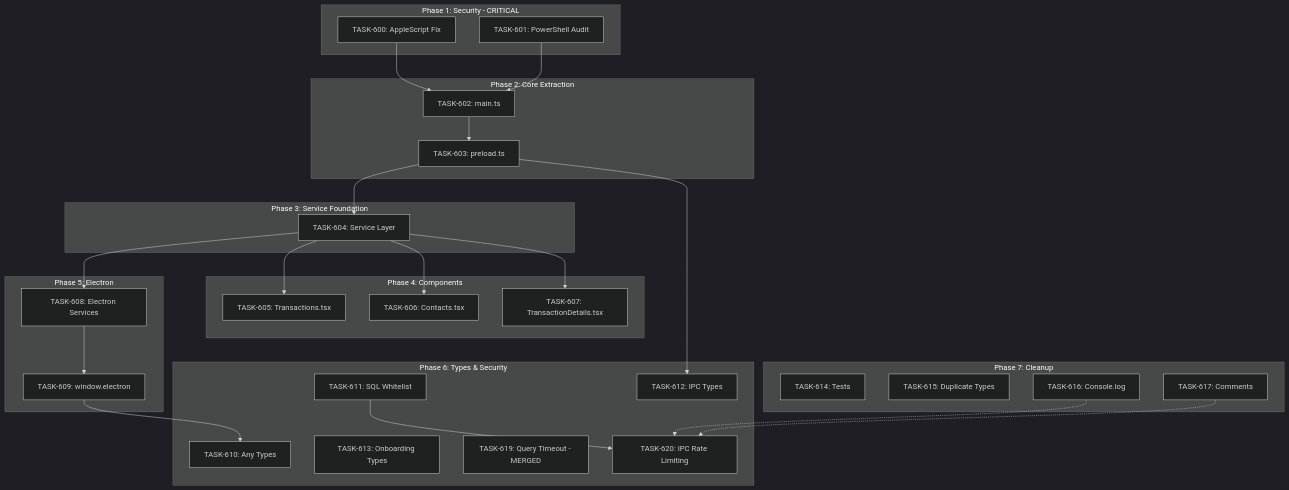
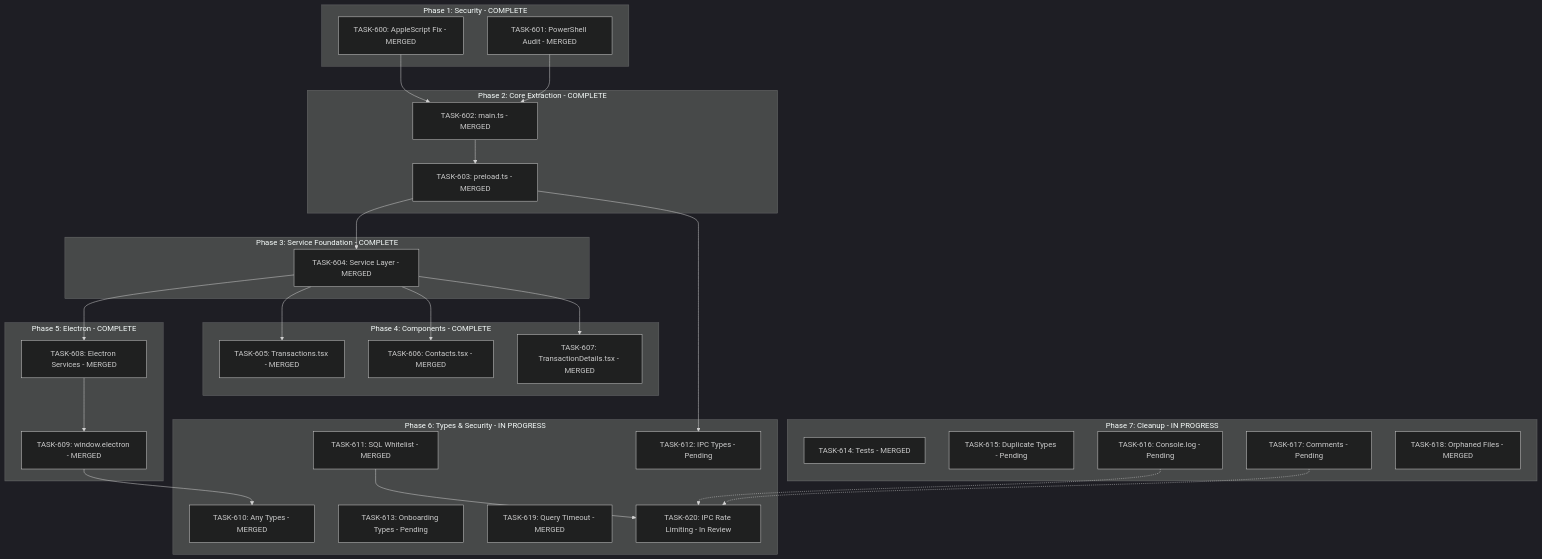
The diagram in .claude/plans/sprints/SPRINT-009-codebase-standards.md (5hdaniel/Mad), drawn with Mermaid (dark theme) before and after one commit. The commit also changed other lines of this file, not shown here.

First line of the commit message:
docs: update SPRINT-009 with accurate task status

````diff
--- a/.claude/plans/sprints/SPRINT-009-codebase-standards.md
+++ b/.claude/plans/sprints/SPRINT-009-codebase-standards.md
@@ -95,58 +97,59 @@
 ```mermaid
 graph TD
-    subgraph Phase1[Phase 1: Security - CRITICAL]
-        T600[TASK-600: AppleScript Fix]
-        T601[TASK-601: PowerShell Audit]
+    subgraph Phase1[Phase 1: Security - COMPLETE]
+        T600[TASK-600: AppleScript Fix - MERGED]
+        T601[TASK-601: PowerShell Audit - MERGED]
     end
 
-    subgraph Phase2[Phase 2: Core Extraction]
-        T602[TASK-602: main.ts]
-        T603[TASK-603: preload.ts]
+    subgraph Phase2[Phase 2: Core Extraction - COMPLETE]
+        T602[TASK-602: main.ts - MERGED]
+        T603[TASK-603: preload.ts - MERGED]
     end
 
-    subgraph Phase3[Phase 3: Service Foundation]
-        T604[TASK-604: Service Layer]
+    subgraph Phase3[Phase 3: Service Foundation - COMPLETE]
+        T604[TASK-604: Service Layer - MERGED]
     end
 
-    subgraph Phase4[Phase 4: Components]
-        T605[TASK-605: Transactions.tsx]
-        T606[TASK-606: Contacts.tsx]
-        T607[TASK-607: TransactionDetails.tsx]
+    subgraph Phase4[Phase 4: Components - COMPLETE]
+        T605[TASK-605: Transactions.tsx - MERGED]
+        T606[TASK-606: Contacts.tsx - MERGED]
+        T607[TASK-607: TransactionDetails.tsx - MERGED]
     end
 
-    subgraph Phase5[Phase 5: Electron]
-        T608[TASK-608: Electron Services]
-        T609[TASK-609: window.electron]
+    subgraph Phase5[Phase 5: Electron - COMPLETE]
+        T608[TASK-608: Electron Services - MERGED]
+        T609[TASK-609: window.electron - MERGED]
     end
 
-    subgraph Phase6[Phase 6: Types & Security]
-        T610[TASK-610: Any Types]
-        T611[TASK-611: SQL Whitelist]
-        T612[TASK-612: IPC Types]
-        T613[TASK-613: Onboarding Types]
+    subgraph Phase6[Phase 6: Types & Security - IN PROGRESS]
+        T610[TASK-610: Any Types - MERGED]
+        T611[TASK-611: SQL Whitelist - MERGED]
+        T612[TASK-612: IPC Types - Pending]
+        T613[TASK-613: Onboarding Types - Pending]
         T619[TASK-619: Query Timeout - MERGED]
-        T620[TASK-620: IPC Rate Limiting]
+        T620[TASK-620: IPC Rate Limiting - In Review]
     end
 
-    subgraph Phase7[Phase 7: Cleanup]
-        T614[TASK-614: Tests]
-        T615[TASK-615: Duplicate Types]
-        T616[TASK-616: Console.log]
-        T617[TASK-617: Comments]
+    subgraph Phase7[Phase 7: Cleanup - IN PROGRESS]
+        T614[TASK-614: Tests - MERGED]
+        T615[TASK-615: Duplicate Types - Pending]
+        T616[TASK-616: Console.log - Pending]
+        T617[TASK-617: Comments - Pending]
+        T618[TASK-618: Orphaned Files - MERGED]
     end
 
     T600 --> T602
     T601 --> T602
     T602 --> T603
     T603 --> T604
     T604 --> T605
     T604 --> T606
     T604 --> T607
     T604 --> T608
     T608 --> T609
     T603 --> T612
     T609 --> T610
     T611 --> T620
     T616 -.-> T620
     T617 -.-> T620
 ```
````
